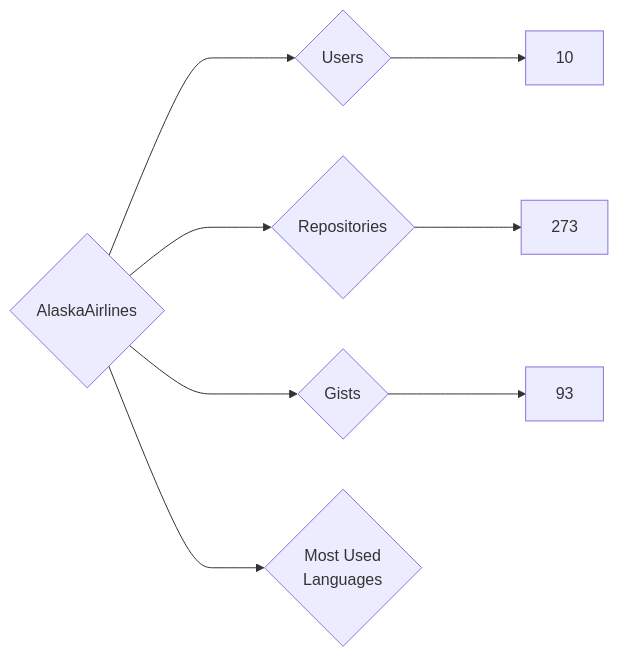
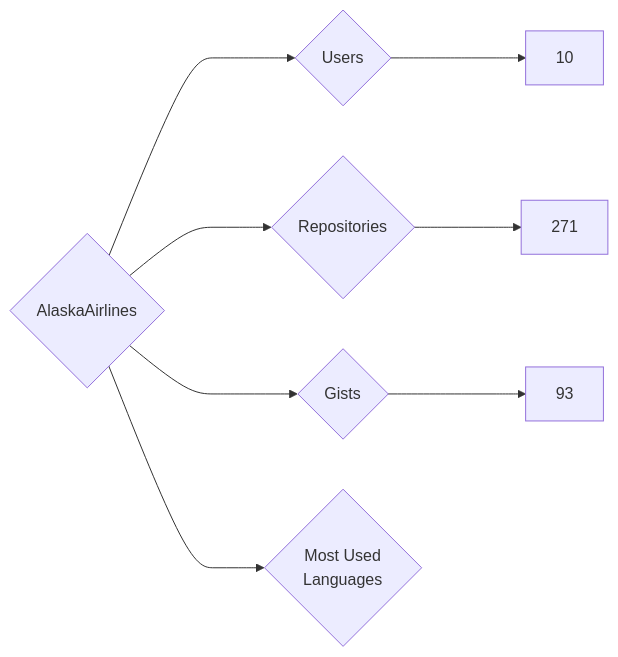
The diagram in targets/AlaskaAirlines/README.md (nenadzaric/insiders), drawn with Mermaid before and after one commit. The commit also changed 21 other files, not shown here.

````diff
--- a/targets/AlaskaAirlines/README.md
+++ b/targets/AlaskaAirlines/README.md
@@ -3,8 +3,8 @@
 ```mermaid
 graph LR
 COMPANY_NAME{AlaskaAirlines}
 COMPANY_NAME ---> U{Users} ---> UN[10]
-COMPANY_NAME ---> R{Repositories} ---> RN[273]
+COMPANY_NAME ---> R{Repositories} ---> RN[271]
 COMPANY_NAME ---> G{Gists} ---> GN[93]
 COMPANY_NAME ---> ML{Most Used<br>Languages}
 ```
````
